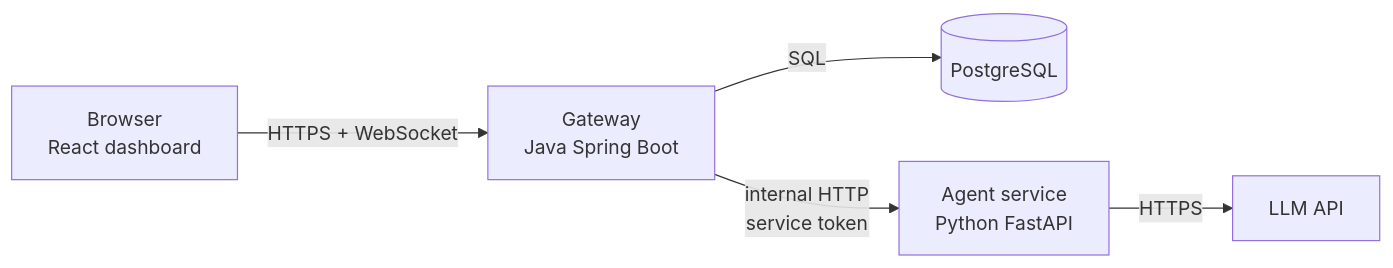
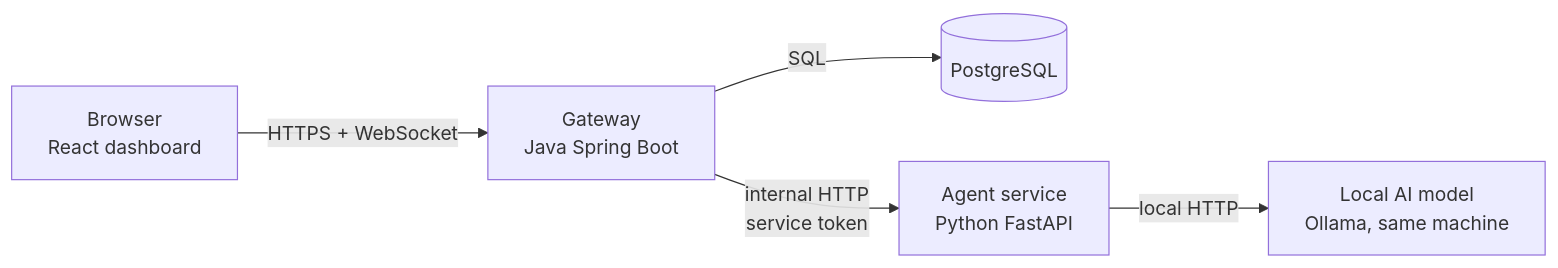
The first of 3 diagrams in docs/ARCHITECTURE.md (mKs2609/casewright), drawn with Mermaid before and after one commit. The commit also changed other lines of this file and 33 other files, not shown here.

First line of the commit message:
Let a local model choose the investigation steps

````diff
--- a/docs/ARCHITECTURE.md
+++ b/docs/ARCHITECTURE.md
@@ -10,7 +10,7 @@
 ```mermaid
 flowchart LR
     U[Browser<br/>React dashboard] -- HTTPS + WebSocket --> G[Gateway<br/>Java Spring Boot]
     G -- SQL --> DB[(PostgreSQL)]
     G -- internal HTTP<br/>service token --> A[Agent service<br/>Python FastAPI]
-    A -- HTTPS --> L[LLM API]
+    A -- local HTTP --> L[Local AI model<br/>Ollama, same machine]
 ```
````
